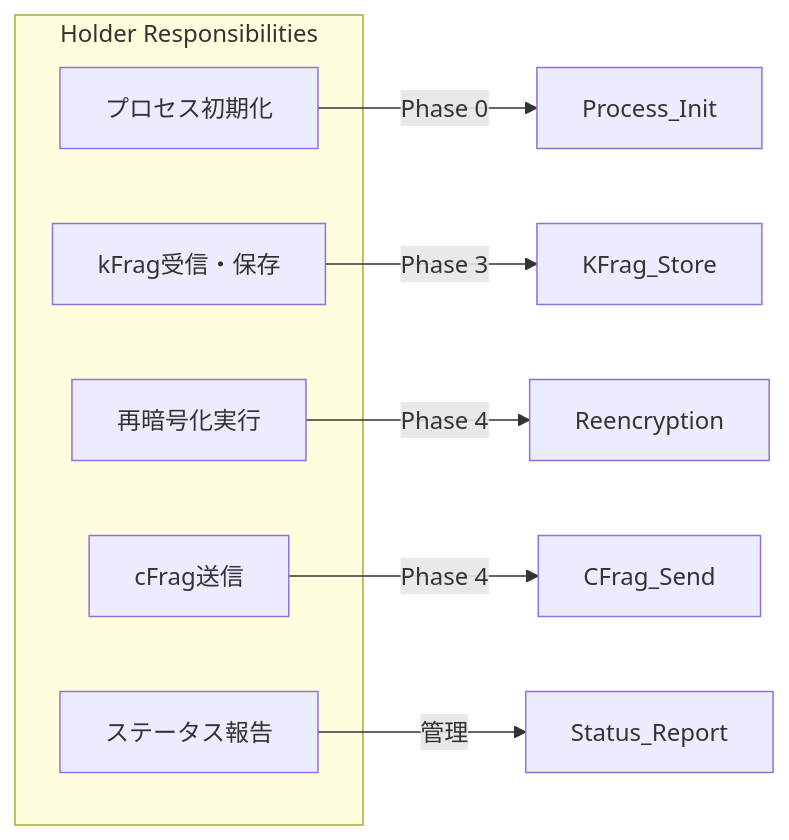
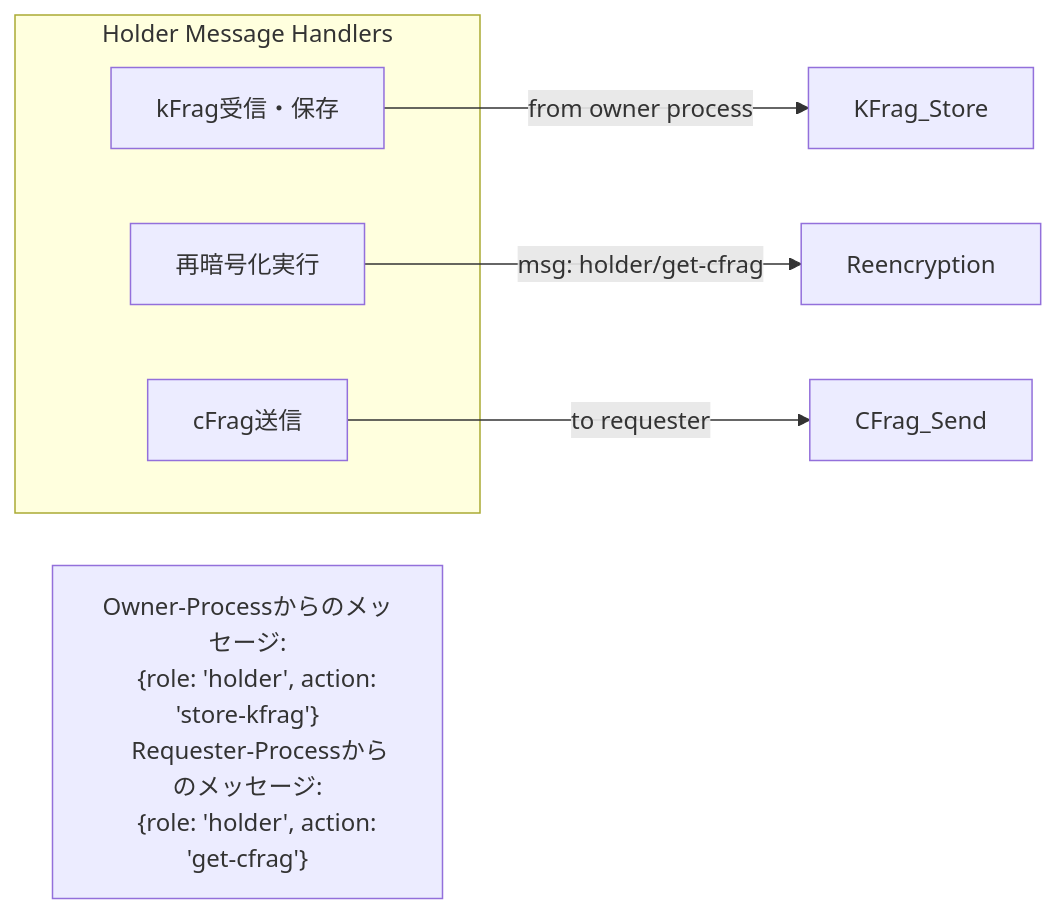
Before and after one commit to shodaimomiyama/D-TPRES: the third of 4 diagrams in docs/development/lifecycle/lifecycle_overview.md, drawn with Mermaid. The commit also changed other lines of this file and 2 other files, not shown here.

````diff
--- a/docs/development/lifecycle/lifecycle_overview.md
+++ b/docs/development/lifecycle/lifecycle_overview.md
@@ -122,16 +124,18 @@
 ```mermaid
 graph LR
-    subgraph "Holder Responsibilities"
-        H1[プロセス初期化]
-        H2[kFrag受信・保存]
-        H3[再暗号化実行]
-        H4[cFrag送信]
-        H5[ステータス報告]
+    subgraph "Holder Message Handlers"
+        H1[kFrag受信・保存]
+        H2[再暗号化実行]
+        H3[cFrag送信]
     end
-    
-    H1 --> |Phase 0| Process_Init
-    H2 --> |Phase 3| KFrag_Store
-    H3 --> |Phase 4| Reencryption
-    H4 --> |Phase 4| CFrag_Send
-    H5 --> |管理| Status_Report
+
+    H1 --> |from owner process| KFrag_Store
+    H2 --> |msg: holder/get-cfrag| Reencryption
+    H3 --> |to requester| CFrag_Send
+
+    note2["Owner-Processからのメッセージ:
+    {role: 'holder', action: 'store-kfrag'}
+
+    Requester-Processからのメッセージ:
+    {role: 'holder', action: 'get-cfrag'}"]
 ```
````
